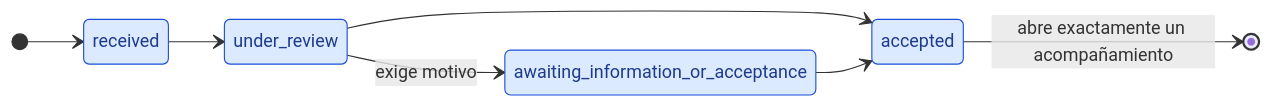
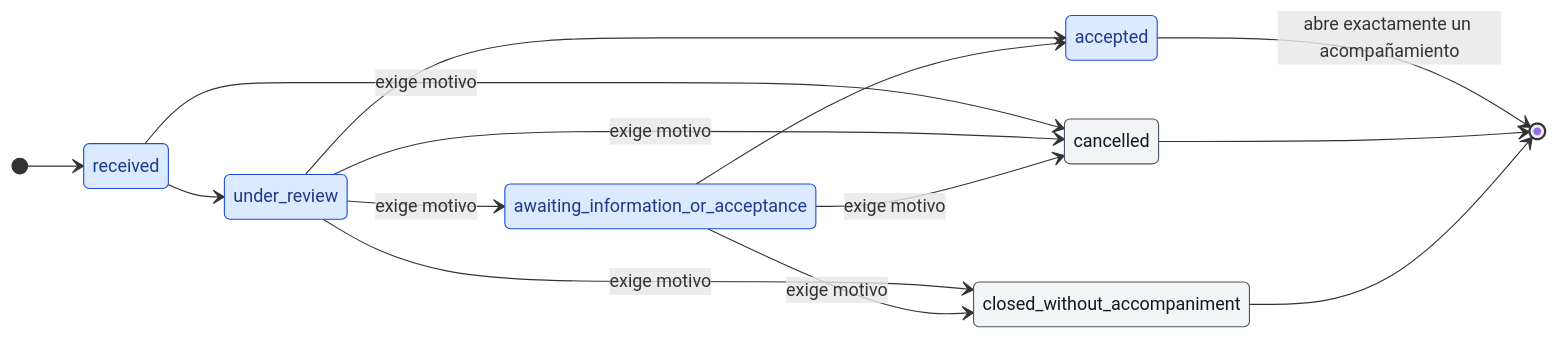
Before and after one commit to FernandoValdes01/ceretime: the diagram in convex/domain/requests/state-model.md, drawn with Mermaid. The commit also changed other lines of this file and 19 other files, not shown here.

````diff
--- a/convex/domain/requests/state-model.md
+++ b/convex/domain/requests/state-model.md
@@ -7,16 +7,26 @@
 ```mermaid
 stateDiagram-v2
     direction LR
 
     [*] --> received
 
     received --> under_review
     under_review --> awaiting_information_or_acceptance : exige motivo
     under_review --> accepted
     awaiting_information_or_acceptance --> accepted
 
+    received --> cancelled : exige motivo
+    under_review --> cancelled : exige motivo
+    awaiting_information_or_acceptance --> cancelled : exige motivo
+    under_review --> closed_without_accompaniment : exige motivo
+    awaiting_information_or_acceptance --> closed_without_accompaniment : exige motivo
+
     accepted --> [*] : abre exactamente un acompañamiento
+    cancelled --> [*]
+    closed_without_accompaniment --> [*]
 
     classDef sprint1 fill:#dbeafe,stroke:#1d4ed8,color:#1e3a8a
+    classDef closure fill:#f3f4f6,stroke:#4b5563,color:#111827
     class received,under_review,awaiting_information_or_acceptance,accepted sprint1
+    class closed_without_accompaniment,cancelled closure
 ```
````
